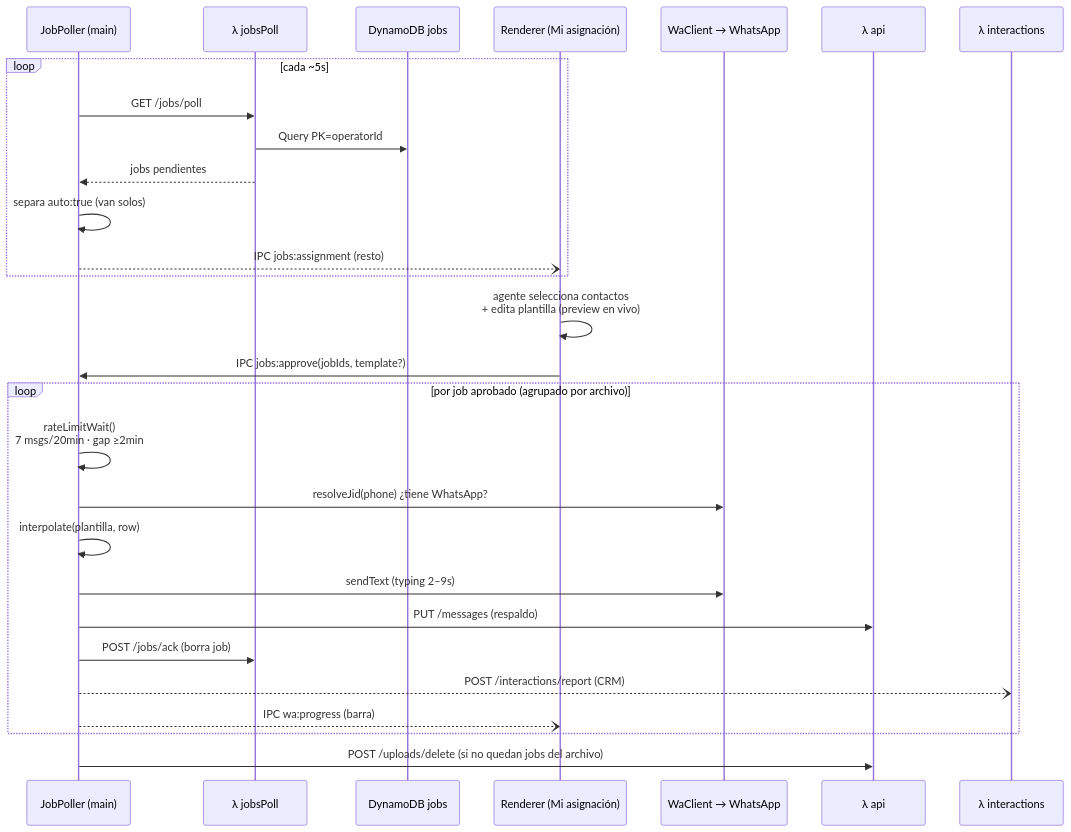
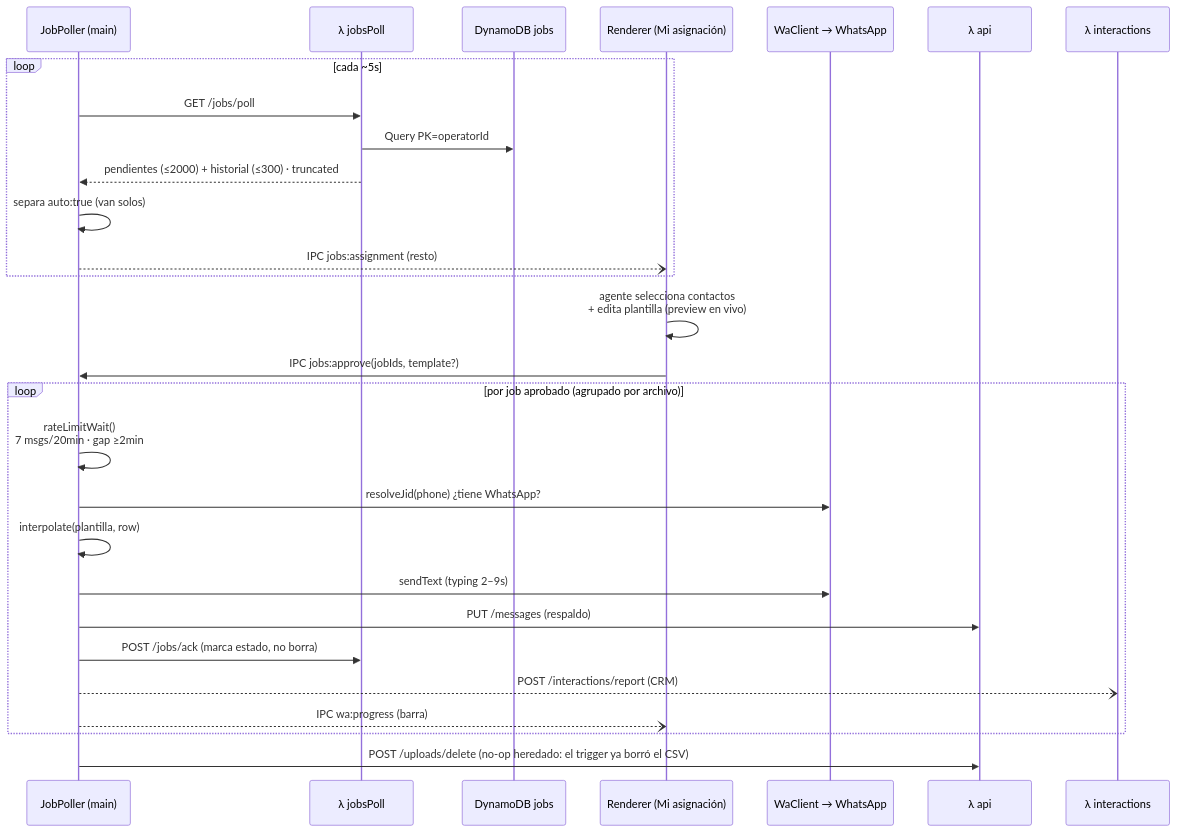
One commit to EriherSizac/ana-v3 changed the fourth of 10 diagrams in v4/ARQUITECTURA_FLUJOS.md. Above: the diagram before and after it, drawn with Mermaid. The commit also changed other lines of this file and 26 other files, not shown here.

First line of the commit message:
feat(v4): harden send-job queue (status index, poll priority, idempotent CSV trigger)

````diff
--- a/v4/ARQUITECTURA_FLUJOS.md
+++ b/v4/ARQUITECTURA_FLUJOS.md
@@ -126,31 +127,31 @@
 ```mermaid
 sequenceDiagram
   participant P as JobPoller (main)
   participant JP as λ jobsPoll
   participant J as DynamoDB jobs
   participant R as Renderer (Mi asignación)
   participant WA as WaClient → WhatsApp
   participant API as λ api
   participant INT as λ interactions
 
   loop cada ~5s
     P->>JP: GET /jobs/poll
     JP->>J: Query PK=operatorId
-    JP-->>P: jobs pendientes
+    JP-->>P: pendientes (≤2000) + historial (≤300) · truncated
     P->>P: separa auto:true (van solos)
     P--)R: IPC jobs:assignment (resto)
   end
   R->>R: agente selecciona contactos<br/>+ edita plantilla (preview en vivo)
   R->>P: IPC jobs:approve(jobIds, template?)
   loop por job aprobado (agrupado por archivo)
     P->>P: rateLimitWait()<br/>7 msgs/20min · gap ≥2min
     P->>WA: resolveJid(phone) ¿tiene WhatsApp?
     P->>P: interpolate(plantilla, row)
     P->>WA: sendText (typing 2–9s)
     P->>API: PUT /messages (respaldo)
-    P->>JP: POST /jobs/ack (borra job)
+    P->>JP: POST /jobs/ack (marca estado, no borra)
     P--)INT: POST /interactions/report (CRM)
     P--)R: IPC wa:progress (barra)
   end
-  P->>API: POST /uploads/delete (si no quedan jobs del archivo)
+  P->>API: POST /uploads/delete (no-op heredado: el trigger ya borró el CSV)
 ```
````
